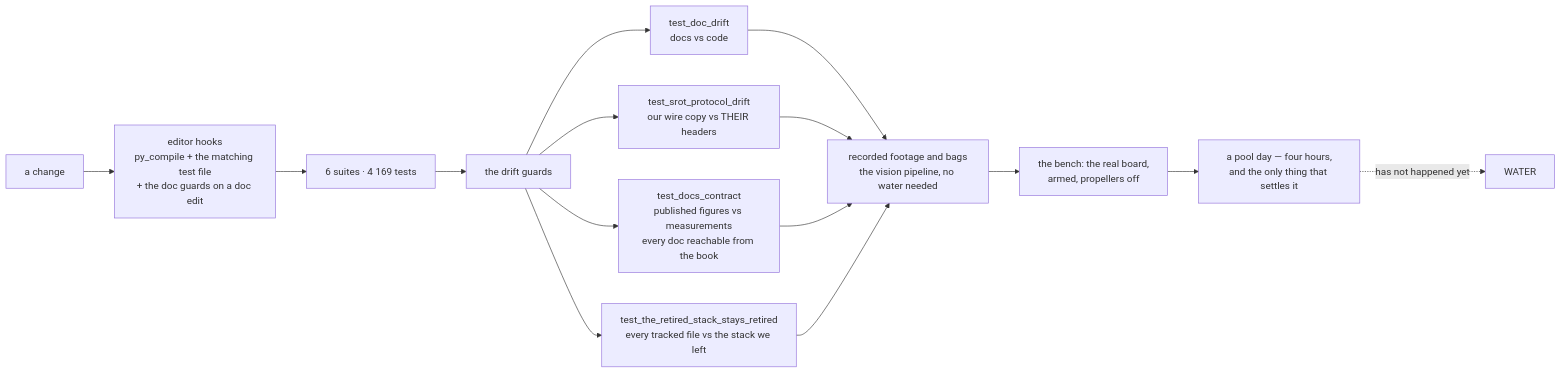
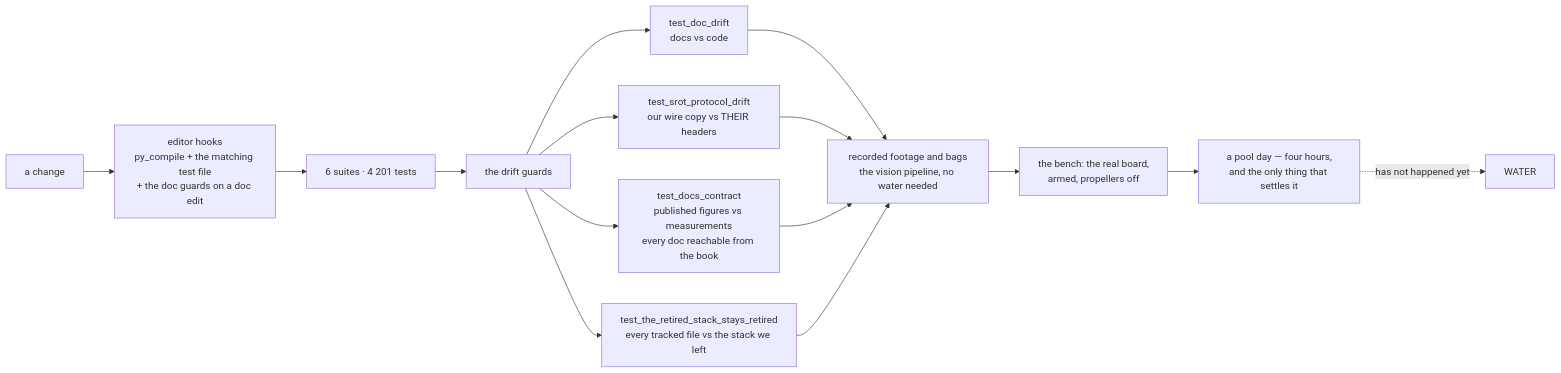
One commit to fh1m/mongla_ws changed the ninth of 10 diagrams in README.md. Above: the diagram before and after it, drawn with Mermaid. The commit also changed other lines of this file and 18 other files, not shown here.

````diff
--- a/README.md
+++ b/README.md
@@ -806,17 +806,17 @@
 ```mermaid
 flowchart LR
     DEV["a change"] --> HOOK["editor hooks<br/>py_compile + the matching test file<br/>+ the doc guards on a doc edit"]
-    HOOK --> UNIT["6 suites · 4 169 tests"]
+    HOOK --> UNIT["6 suites · 4 201 tests"]
     UNIT --> GUARD["the drift guards"]
     GUARD --> G1["test_doc_drift<br/>docs vs code"]
     GUARD --> G2["test_srot_protocol_drift<br/>our wire copy vs THEIR headers"]
     GUARD --> G3["test_docs_contract<br/>published figures vs measurements<br/>every doc reachable from the book"]
     GUARD --> G4["test_the_retired_stack_stays_retired<br/>every tracked file vs the stack we left"]
     G1 --> REPLAY["recorded footage and bags<br/>the vision pipeline, no water needed"]
     G2 --> REPLAY
     G3 --> REPLAY
     G4 --> REPLAY
     REPLAY --> BENCH["the bench: the real board,<br/>armed, propellers off"]
     BENCH --> POOL["a pool day — four hours,<br/>and the only thing that settles it"]
     POOL -.->|"has not happened yet"| WATER["WATER"]
 ```
````
